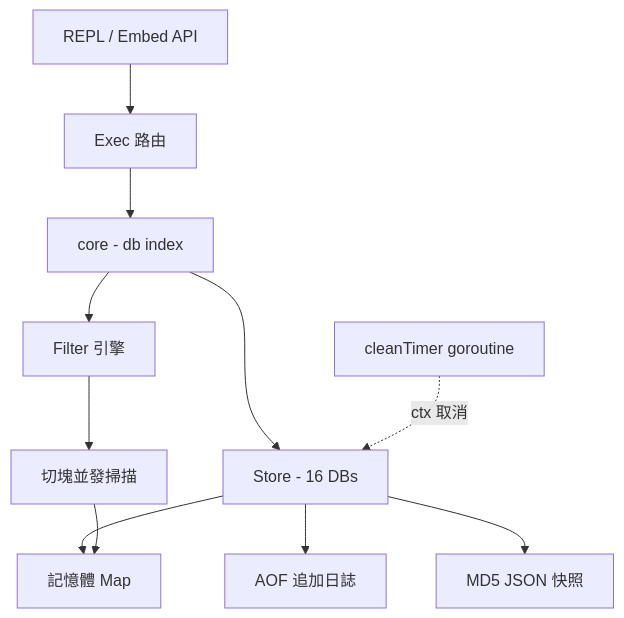
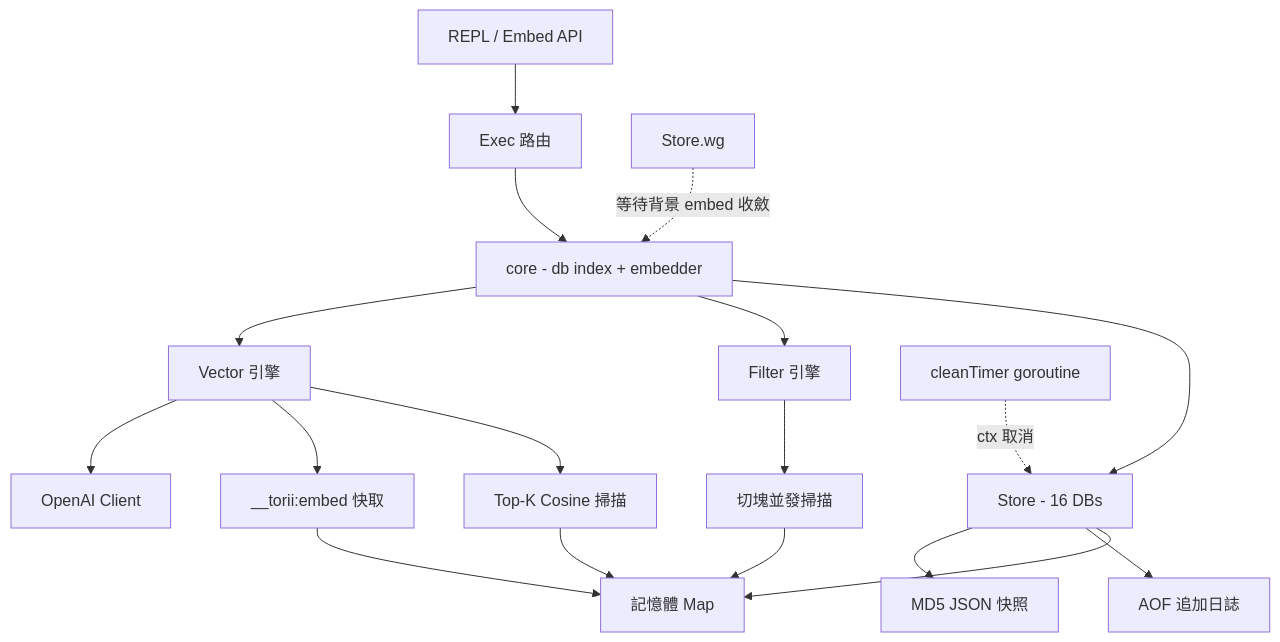
Before and after one commit to pardnchiu/ToriiDB: the first of 12 diagrams in doc/architecture.zh.md, drawn with Mermaid. The commit also changed other lines of this file and 5 other files, not shown here.

Commit message:
release: v0.5.0 Add semantic vector search backed by OpenAI embeddings.

````diff
--- a/doc/architecture.zh.md
+++ b/doc/architecture.zh.md
@@ -7,16 +7,24 @@
 ```mermaid
 graph TB
     Client[REPL / Embed API] --> Exec[Exec 路由]
-    Exec --> Core[core - db index]
+    Exec --> Core[core - db index + embedder]
     Core --> Store[Store - 16 DBs]
     Core --> Filter[Filter 引擎]
+    Core --> Vector[Vector 引擎]
 
     Store --> Memory[記憶體 Map]
     Store --> AOF[AOF 追加日誌]
     Store --> Snapshot[MD5 JSON 快照]
 
     Filter --> Scan[切塊並發掃描]
     Scan --> Memory
 
+    Vector --> TopK[Top-K Cosine 掃描]
+    Vector --> EmbedCache[__torii:embed 快取]
+    Vector --> OpenAI[OpenAI Client]
+    TopK --> Memory
+    EmbedCache --> Memory
+
     BG[cleanTimer goroutine] -. ctx 取消 .-> Store
+    WG[Store.wg] -. 等待背景 embed 收斂 .-> Core
 ```
````
